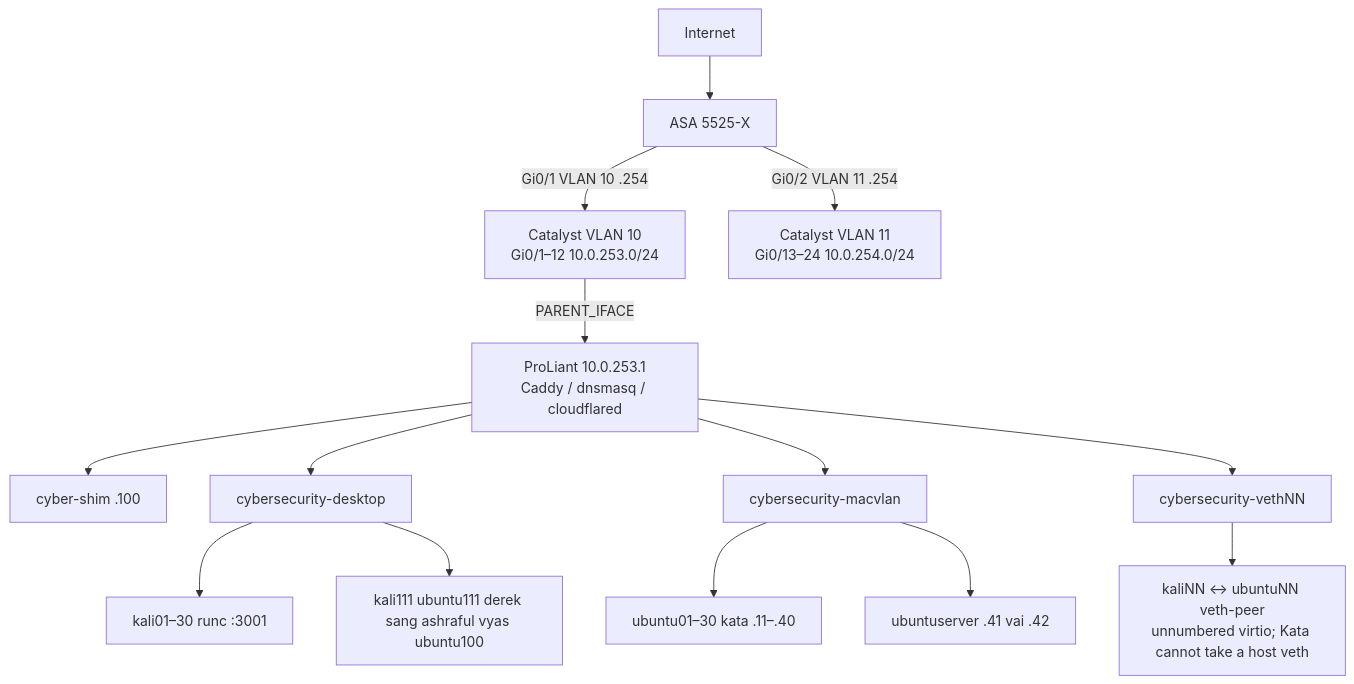
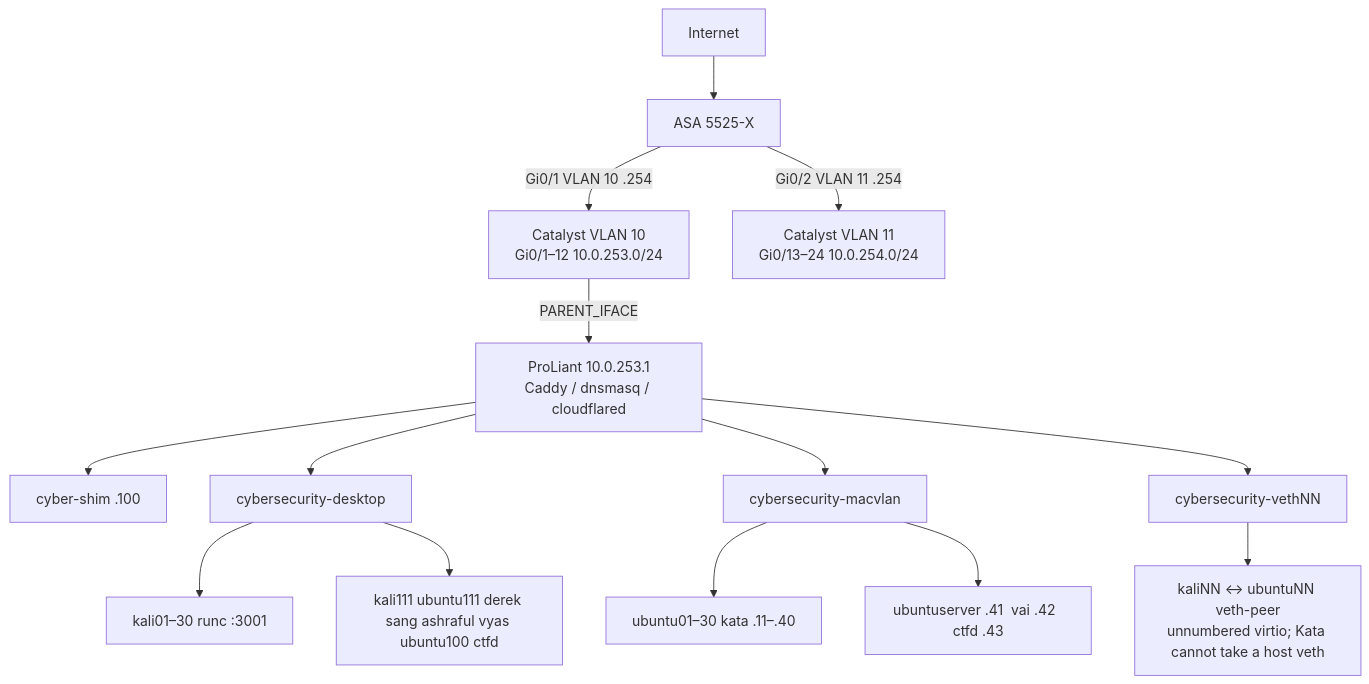
The diagram in README.md (GalaticMatters/linux-os-provisioning), drawn with Mermaid before and after one commit. The commit also changed other lines of this file and 14 other files, not shown here.

First line of the commit message:
Add Kata CTFd box with SSH like vai on 10.0.253.43.

````diff
--- a/README.md
+++ b/README.md
@@ -40,16 +40,16 @@
 ```mermaid
 flowchart TB
   Internet --> ASA["ASA 5525-X"]
   ASA -->|"Gi0/1 VLAN 10 .254"| SW10["Catalyst VLAN 10<br/>Gi0/1–12  10.0.253.0/24"]
   ASA -->|"Gi0/2 VLAN 11 .254"| SW11["Catalyst VLAN 11<br/>Gi0/13–24  10.0.254.0/24"]
   SW10 -->|"PARENT_IFACE"| PL["ProLiant 10.0.253.1<br/>Caddy / dnsmasq / cloudflared"]
   PL --> Shim["cyber-shim .100"]
   PL --> Desk["cybersecurity-desktop"]
   PL --> Mac["cybersecurity-macvlan"]
   PL --> Veth["cybersecurity-vethNN"]
   Desk --> Kfleet["kali01–30 runc :3001"]
-  Desk --> Persist["kali111 ubuntu111 derek sang ashraful vyas ubuntu100"]
+  Desk --> Persist["kali111 ubuntu111 derek sang ashraful vyas ubuntu100 ctfd"]
   Mac --> Ufleet["ubuntu01–30 kata .11–.40"]
-  Mac --> Upersist["ubuntuserver .41  vai .42"]
+  Mac --> Upersist["ubuntuserver .41  vai .42  ctfd .43"]
   Veth --> Pair["kaliNN ↔ ubuntuNN veth-peer<br/>unnumbered virtio; Kata cannot take a host veth"]
 ```
````
